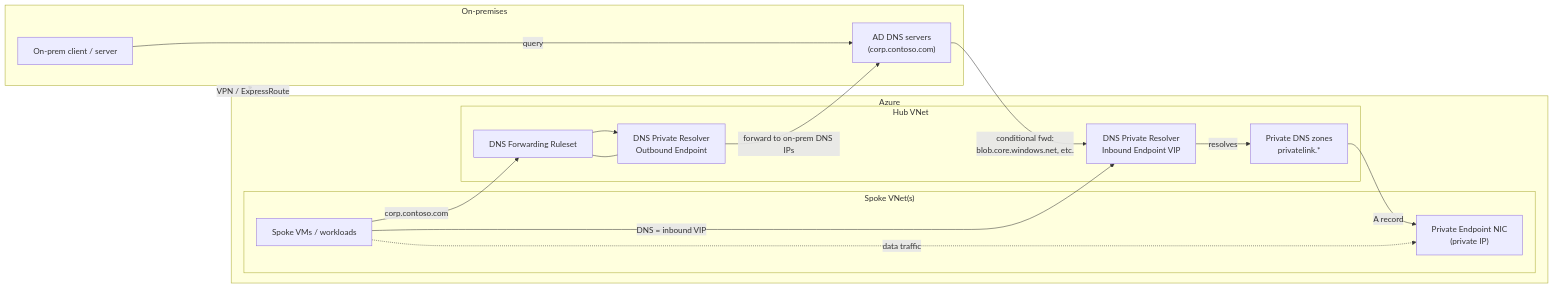
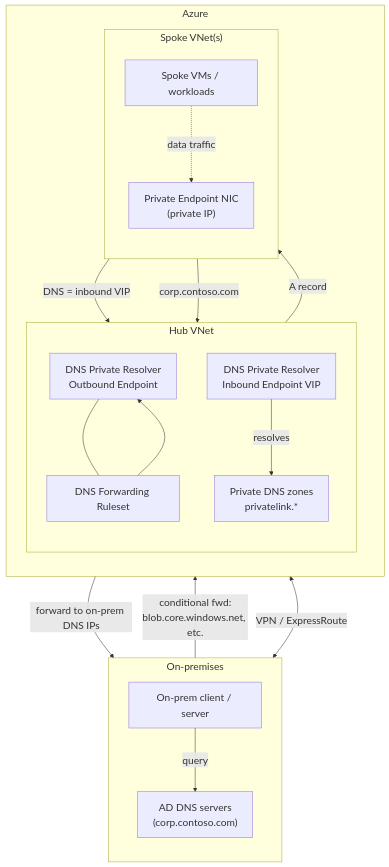
One commit to travishankins/azure-private-dns-resolver changed the diagram in README.md. Above: the diagram before and after it, drawn with Mermaid.

Commit message:
Make architecture diagram vertical with larger font for readability

````diff
--- a/README.md
+++ b/README.md
@@ -14,39 +14,44 @@
 ```mermaid
-flowchart LR
+%%{init: {"flowchart": {"nodeSpacing": 60, "rankSpacing": 70}, "themeVariables": {"fontSize": "20px"}}}%%
+flowchart TB
     subgraph OnPremE["On-premises"]
+        direction TB
         Client[On-prem client / server]
         ADDNS["AD DNS servers<br/>(corp.contoso.com)"]
         Client -->|query| ADDNS
     end
 
     subgraph AzureE["Azure"]
+        direction TB
         subgraph Hub["Hub VNet"]
+            direction TB
             IN["DNS Private Resolver<br/>Inbound Endpoint VIP"]
             OUT["DNS Private Resolver<br/>Outbound Endpoint"]
             RS["DNS Forwarding Ruleset"]
             PDNS["Private DNS zones<br/>privatelink.*"]
             OUT --- RS
         end
         subgraph Spoke["Spoke VNet(s)"]
+            direction TB
             SpokeVM[Spoke VMs / workloads]
             PE["Private Endpoint NIC<br/>(private IP)"]
         end
         PDNS -->|A record| PE
     end
 
     %% Connectivity
     OnPremE <-->|VPN / ExpressRoute| AzureE
 
     %% On-prem -> Azure private name resolution (inbound)
     ADDNS -->|"conditional fwd:<br/>blob.core.windows.net, etc."| IN
     IN -->|resolves| PDNS
 
     %% Spoke -> Azure private name resolution
     SpokeVM -->|"DNS = inbound VIP"| IN
     SpokeVM -.->|data traffic| PE
 
     %% Azure -> on-prem name resolution (outbound)
     SpokeVM -->|"corp.contoso.com"| RS
     RS --> OUT
     OUT -->|"forward to on-prem DNS IPs"| ADDNS
 ```
````
